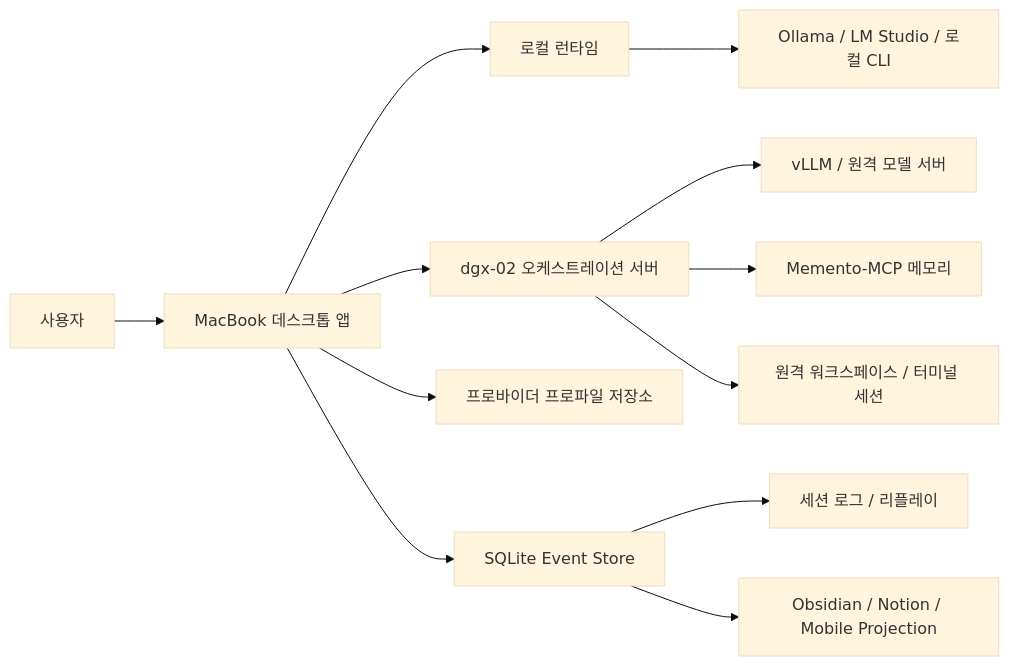
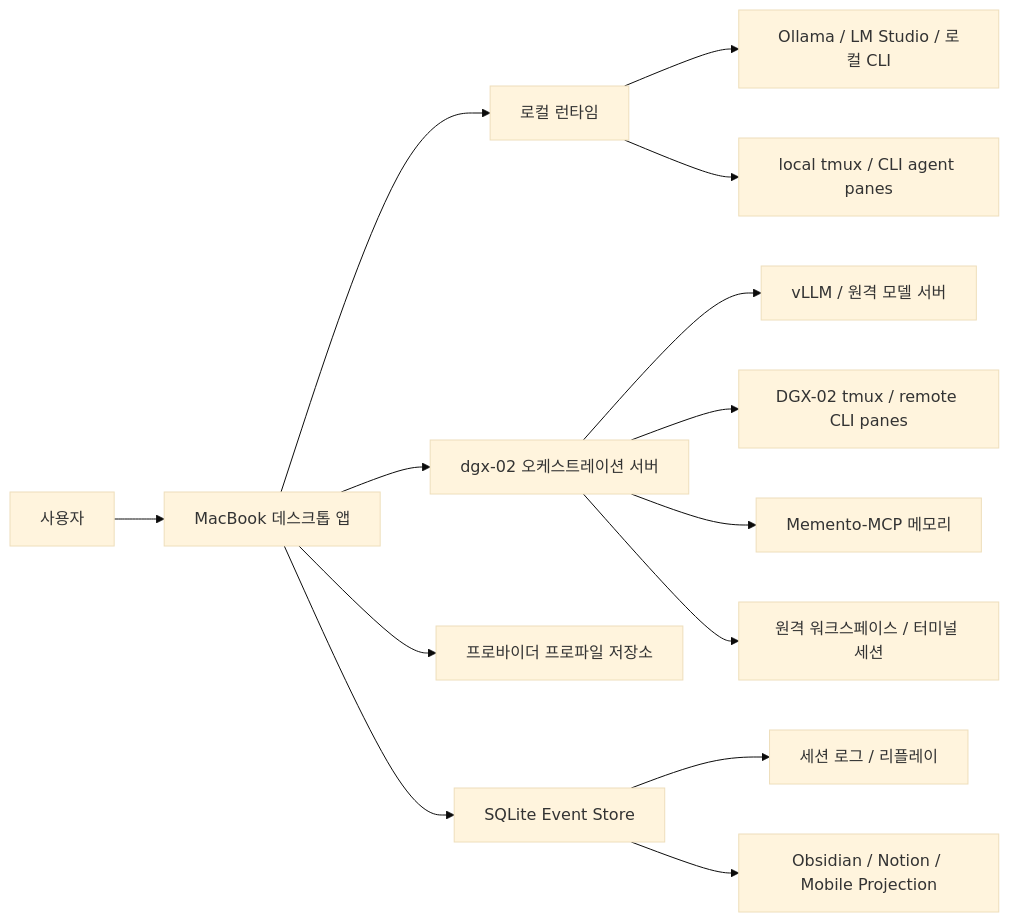
Before and after one commit to robin-main-hub/ai-orchestrator-lab: the diagram in docs/01-architecture.md, drawn with Mermaid (base theme). The commit also changed other lines of this file and 12 other files, not shown here.

Commit message:
feat: add tmux terminal runtime boundary

````diff
--- a/docs/01-architecture.md
+++ b/docs/01-architecture.md
@@ -5,14 +5,16 @@
 ```mermaid
 flowchart LR
   User[사용자] --> Desktop[MacBook 데스크톱 앱]
   Desktop --> LocalRuntime[로컬 런타임]
   Desktop --> DGX[dgx-02 오케스트레이션 서버]
   LocalRuntime --> LocalModels[Ollama / LM Studio / 로컬 CLI]
+  LocalRuntime --> LocalTmux[local tmux / CLI agent panes]
   DGX --> RemoteModels[vLLM / 원격 모델 서버]
+  DGX --> DgxTmux[DGX-02 tmux / remote CLI panes]
   DGX --> Memory[Memento-MCP 메모리]
   DGX --> Workspaces[원격 워크스페이스 / 터미널 세션]
   Desktop --> Profiles[프로바이더 프로파일 저장소]
   Desktop --> EventStore[SQLite Event Store]
   EventStore --> Sessions[세션 로그 / 리플레이]
   EventStore --> Exports[Obsidian / Notion / Mobile Projection]
 ```
````
